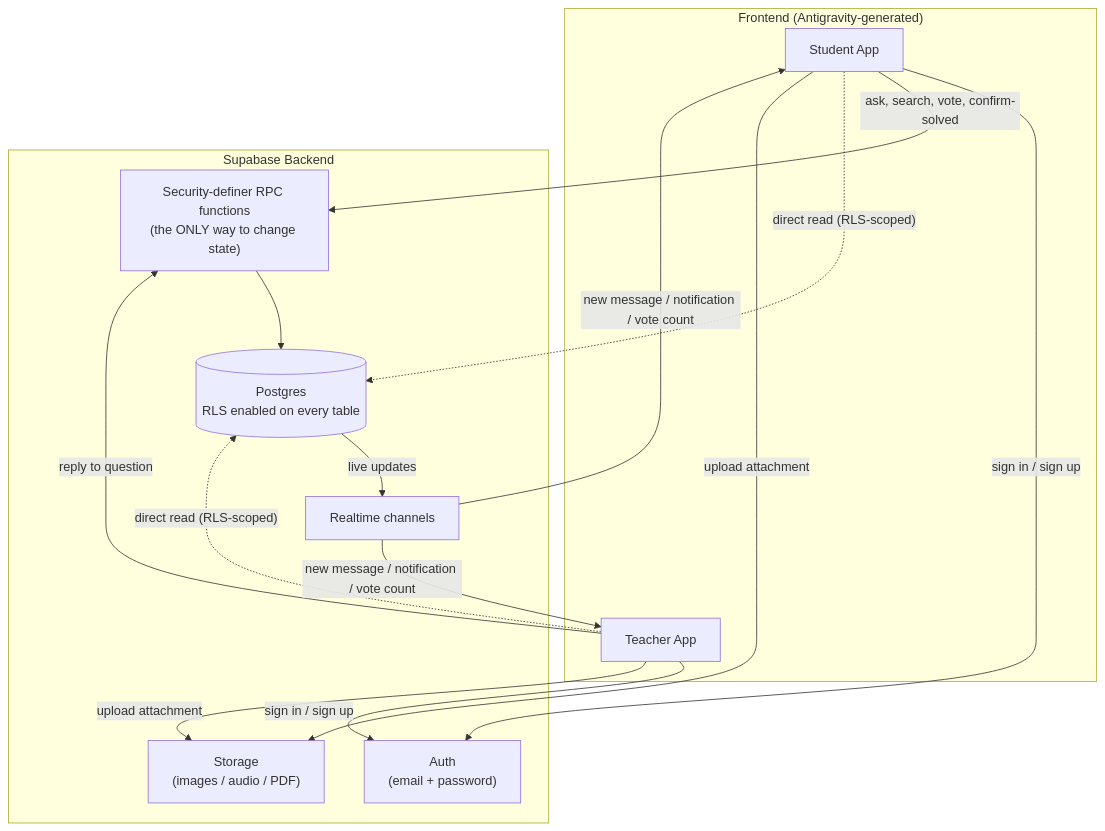
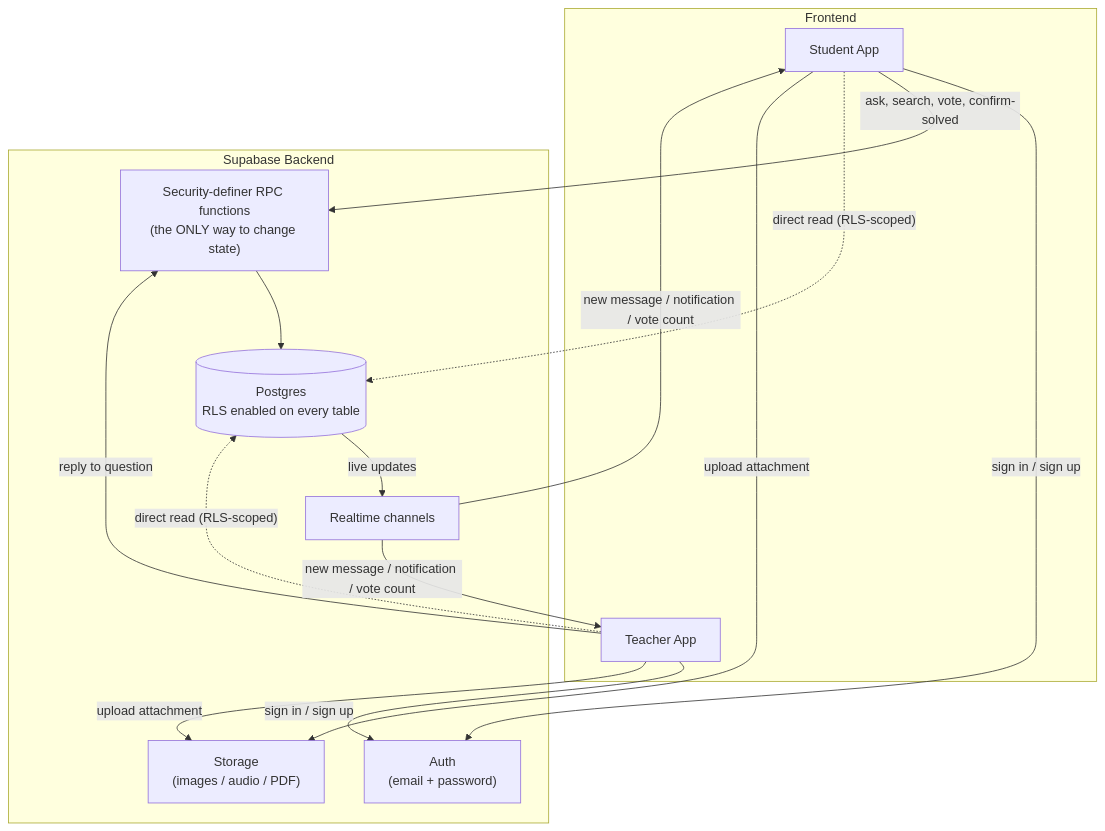
The first of 3 diagrams in README.md (ForkedArch/Forkathon2026-Team-KUET_Galacticos), drawn with Mermaid before and after one commit. The commit also changed other lines of this file, not shown here.

````diff
--- a/README.md
+++ b/README.md
@@ -96,28 +96,28 @@
 ```mermaid
 flowchart TB
-    subgraph Client["Frontend (Antigravity-generated)"]
+    subgraph Client["Frontend"]
         SA["Student App"]
         TA["Teacher App"]
     end
 
     subgraph Supabase["Supabase Backend"]
         Auth["Auth\n(email + password)"]
         RPC["Security-definer RPC functions\n(the ONLY way to change state)"]
         DB[("Postgres\nRLS enabled on every table")]
         Storage["Storage\n(images / audio / PDF)"]
         Realtime["Realtime channels"]
     end
 
     SA -- "sign in / sign up" --> Auth
     TA -- "sign in / sign up" --> Auth
     SA -- "ask, search, vote, confirm-solved" --> RPC
     TA -- "reply to question" --> RPC
     RPC --> DB
     SA -. "direct read (RLS-scoped)" .-> DB
     TA -. "direct read (RLS-scoped)" .-> DB
     SA -- "upload attachment" --> Storage
     TA -- "upload attachment" --> Storage
     DB -- "live updates" --> Realtime
     Realtime -- "new message / notification / vote count" --> SA
     Realtime -- "new message / notification / vote count" --> TA
 ```
````
